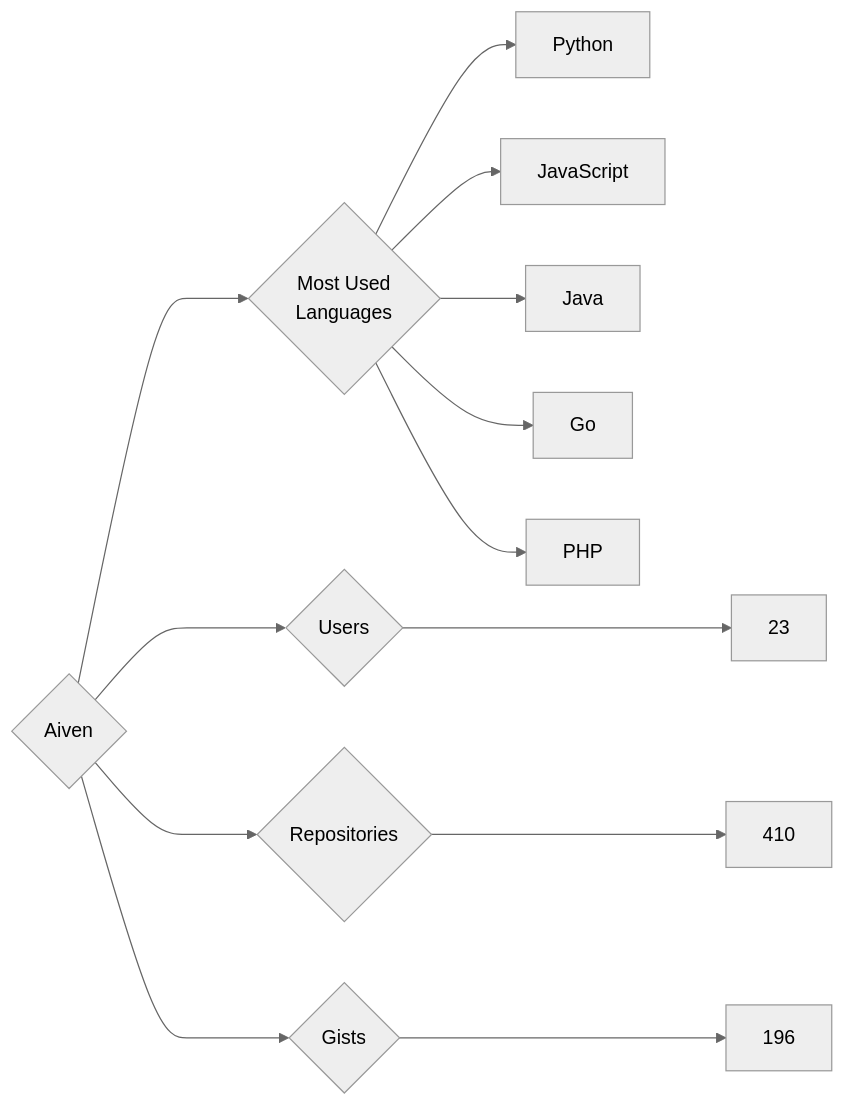
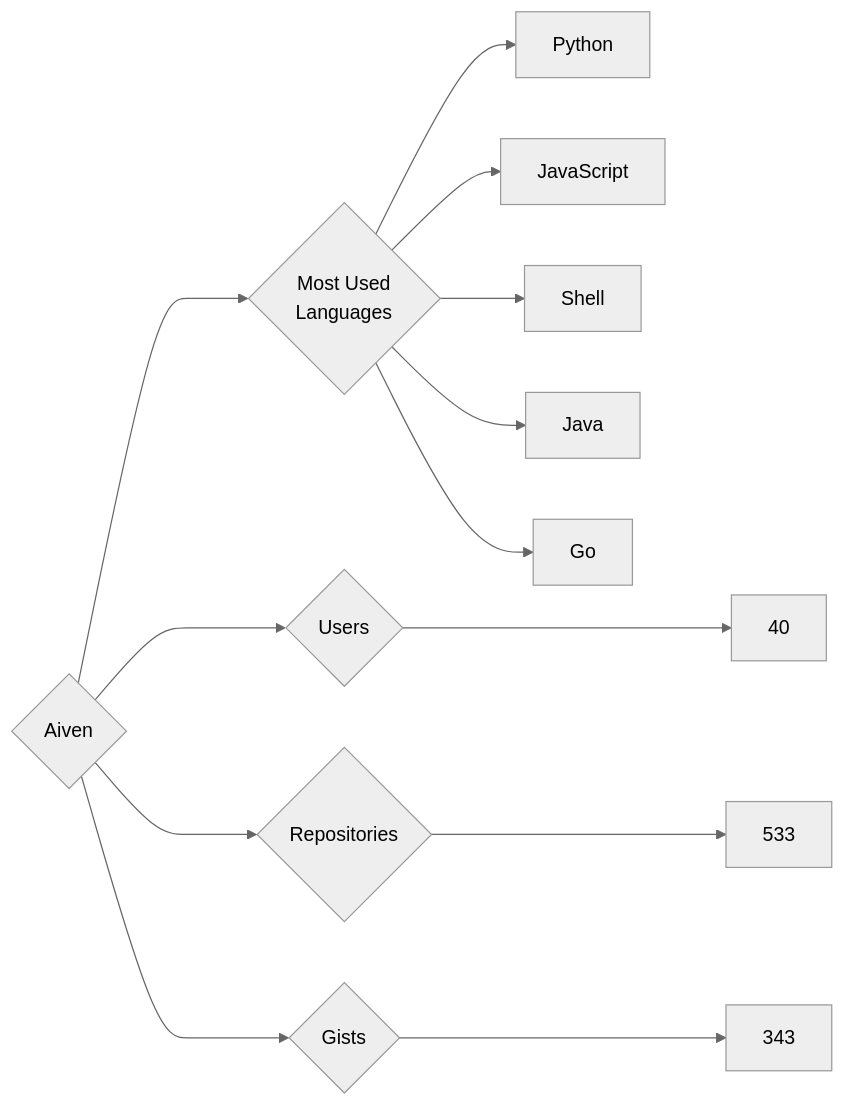
The diagram in targets/Aiven/README.md (trickest/insiders), drawn with Mermaid (neutral theme) before and after one commit. The commit also changed 826 other files, not shown here.

````diff
--- a/targets/Aiven/README.md
+++ b/targets/Aiven/README.md
@@ -3,13 +3,13 @@
 ```mermaid
 graph LR
 COMPANY_NAME{Aiven}
-COMPANY_NAME ---> U{Users} ---> UN[23]
-COMPANY_NAME ---> R{Repositories} ---> RN[410]
-COMPANY_NAME ---> G{Gists} ---> GN[196]
+COMPANY_NAME ---> U{Users} ---> UN[40]
+COMPANY_NAME ---> R{Repositories} ---> RN[533]
+COMPANY_NAME ---> G{Gists} ---> GN[343]
 COMPANY_NAME ---> ML{Most Used<br>Languages}
 ML --> Python[Python]
 ML --> JavaScript[JavaScript]
+ML --> Shell[Shell]
 ML --> Java[Java]
 ML --> Go[Go]
-ML --> PHP[PHP]
 ```
````
